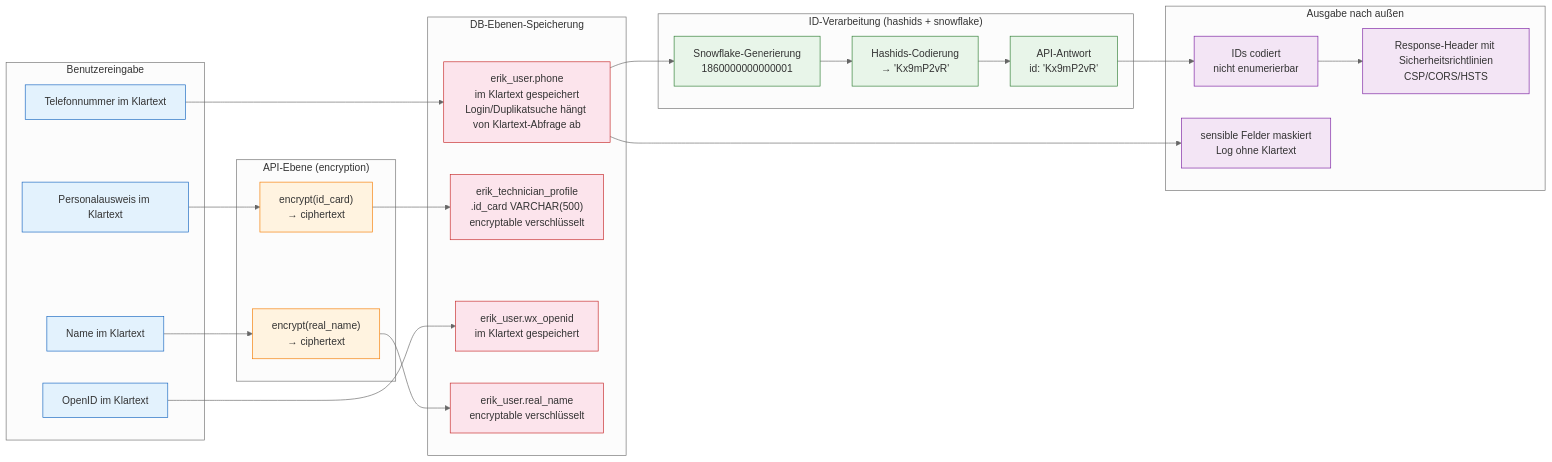
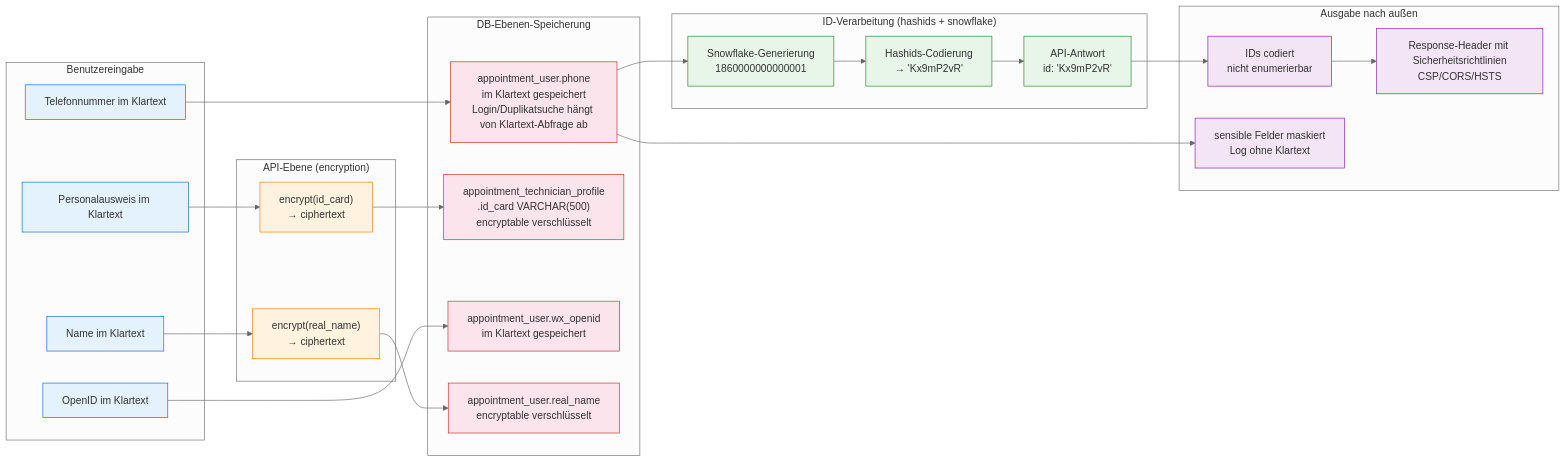
Before and after one commit to erikwang2013/appointment-php: the fourth of 4 diagrams in docs/de/diagrams/SECURITY-ARCHITECTURE.md, drawn with Mermaid (neutral theme). The commit also changed 363 other files, not shown here.

````diff
--- a/docs/de/diagrams/SECURITY-ARCHITECTURE.md
+++ b/docs/de/diagrams/SECURITY-ARCHITECTURE.md
@@ -179,54 +179,54 @@
 ```mermaid
 flowchart LR
     subgraph 输入["Benutzereingabe"]
         I1["Telefonnummer im Klartext"]
         I2["Personalausweis im Klartext"]
         I3["OpenID im Klartext"]
         I4["Name im Klartext"]
     end
 
     subgraph API加密["API-Ebene (encryption)"]
         E1["encrypt(id_card)<br/>→ ciphertext"]
         E2["encrypt(real_name)<br/>→ ciphertext"]
     end
 
     subgraph DB存储["DB-Ebenen-Speicherung"]
-        D1["erik_user.phone<br/>im Klartext gespeichert<br/>Login/Duplikatsuche hängt von Klartext-Abfrage ab"]
-        D2["erik_technician_profile<br/>.id_card VARCHAR(500)<br/>encryptable verschlüsselt"]
-        D3["erik_user.wx_openid<br/>im Klartext gespeichert"]
-        D4["erik_user.real_name<br/>encryptable verschlüsselt"]
+        D1["appointment_user.phone<br/>im Klartext gespeichert<br/>Login/Duplikatsuche hängt von Klartext-Abfrage ab"]
+        D2["appointment_technician_profile<br/>.id_card VARCHAR(500)<br/>encryptable verschlüsselt"]
+        D3["appointment_user.wx_openid<br/>im Klartext gespeichert"]
+        D4["appointment_user.real_name<br/>encryptable verschlüsselt"]
     end
 
     subgraph ID处理["ID-Verarbeitung (hashids + snowflake)"]
         H1["Snowflake-Generierung<br/>1860000000000001"]
         H2["Hashids-Codierung<br/>→ 'Kx9mP2vR'"]
         H3["API-Antwort<br/>id: 'Kx9mP2vR'"]
     end
 
     subgraph 输出["Ausgabe nach außen"]
         O1["IDs codiert<br/>nicht enumerierbar"]
         O2["sensible Felder maskiert<br/>Log ohne Klartext"]
         O3["Response-Header mit Sicherheitsrichtlinien<br/>CSP/CORS/HSTS"]
     end
 
     I1 --> D1
     I2 --> E1 --> D2
     I3 --> D3
     I4 --> E2 --> D4
     D1 --> H1 --> H2 --> H3
     H3 --> O1
     D1 --> O2
     O1 --> O3
 
     classDef input fill:#e3f2fd,stroke:#1565c0,color:#333
     classDef encrypt fill:#fff3e0,stroke:#f57c00,color:#333
     classDef db fill:#fce4ec,stroke:#c62828,color:#333
     classDef id fill:#e8f5e9,stroke:#2e7d32,color:#333
     classDef output fill:#f3e5f5,stroke:#7b1fa2,color:#333
 
     class I1,I2,I3,I4 input
     class E1,E2 encrypt
     class D1,D2,D3,D4 db
     class H1,H2,H3 id
     class O1,O2,O3 output
 ```
````
